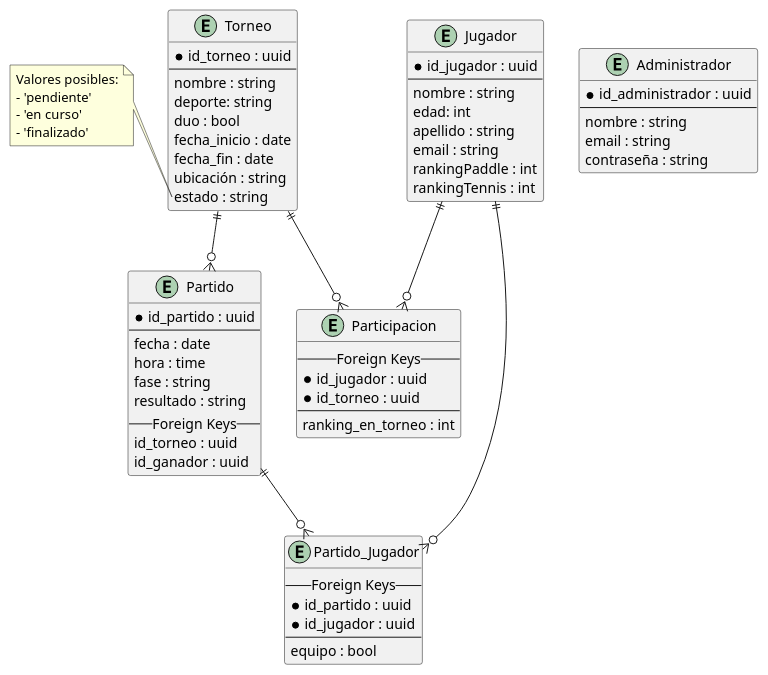
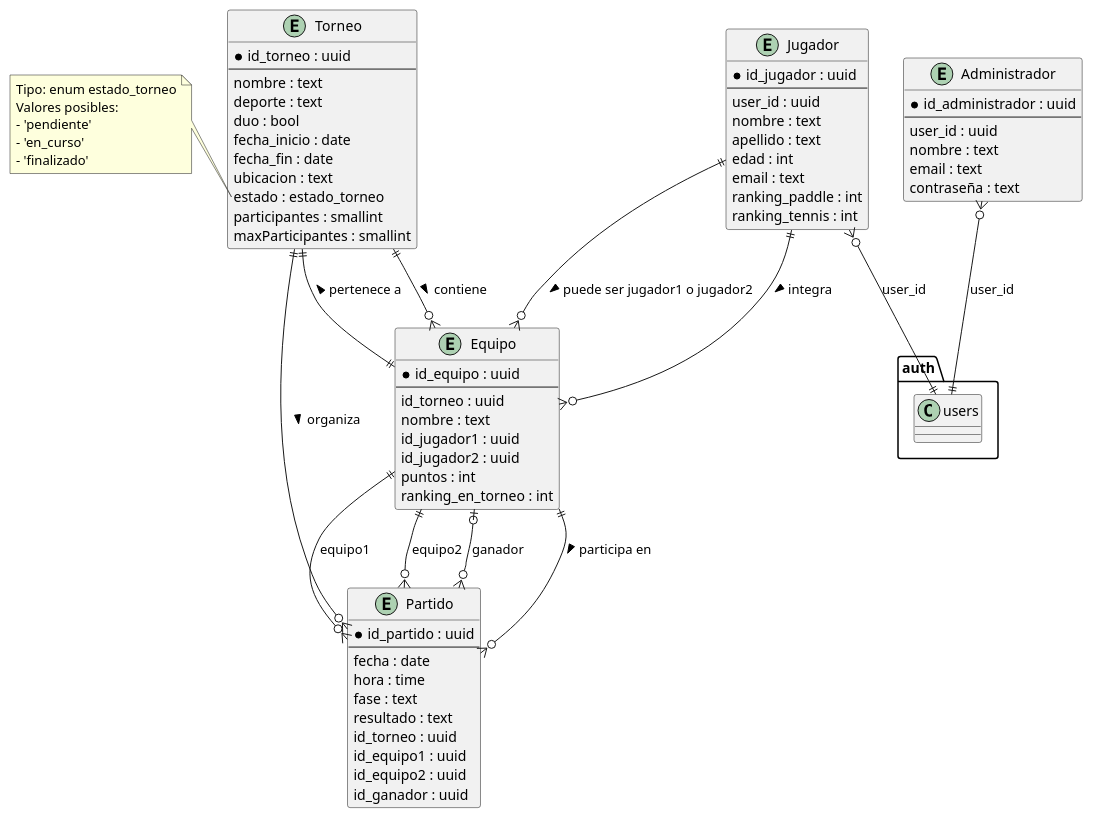
The diagram in diagram.puml (ConfusedRebel/torneos-app), drawn with PlantUML before and after one commit.

Commit message:
Upgrading torneoDetal

```diff
--- a/diagram.puml
+++ b/diagram.puml
@@ -1,99 +1,103 @@
 @startuml Entity_Relationship_Diagram
 
-'Alt + D para mostrar diagrama entidad relacion utilizando "plantuml"
+' Alt + D para mostrar el diagrama entidad-relación utilizando "PlantUML"
 
 '|##############################################################|
 '|###                        Entities                        ###|
 '|##############################################################|
 
+entity "Administrador" as Administrador {
+  *id_administrador : uuid
+  --
+  user_id : uuid
+  nombre : text
+  email : text
+  contraseña : text
+}
+
 entity "Jugador" as Jugador {
   *id_jugador : uuid
   --
-  nombre : string
-  edad: int
-  apellido : string
-  email : string
-  rankingPaddle : int
-  rankingTennis : int
-}
-
-entity "Administrador" as Admin {
-  *id_administrador : uuid
-  --
-  nombre : string
-  email : string
-  contraseña : string
+  user_id : uuid
+  nombre : text
+  apellido : text
+  edad : int
+  email : text
+  ranking_paddle : int
+  ranking_tennis : int
 }
 
 entity "Torneo" as Torneo {
   *id_torneo : uuid
   --
-  nombre : string
-  deporte: string
-  duo : bool  
+  nombre : text
+  deporte : text
+  duo : bool
   fecha_inicio : date
   fecha_fin : date
-  ubicación : string
-  estado : string
+  ubicacion : text
+  estado : estado_torneo
+  participantes : smallint
+  maxParticipantes : smallint
 }
 
+entity "Equipo" as Equipo {
+  *id_equipo : uuid
+  --
+  id_torneo : uuid
+  nombre : text
+  id_jugador1 : uuid
+  id_jugador2 : uuid
+  puntos : int
+  ranking_en_torneo : int
+}
 
 entity "Partido" as Partido {
   *id_partido : uuid
   --
   fecha : date
   hora : time
-  fase : string
-  resultado : string
-  -- Foreign Keys --
+  fase : text
+  resultado : text
   id_torneo : uuid
+  id_equipo1 : uuid
+  id_equipo2 : uuid
   id_ganador : uuid
 }
 
 
-'|###################################################################|
-'|###                        Linking Table                        ###|
-'|###################################################################|
-
-entity "Participacion" as Participacion {
-  -- Foreign Keys --
-  *id_jugador : uuid
-  *id_torneo : uuid
-  --
-  ranking_en_torneo : int
-}
-
-entity "Partido_Jugador" as PJ {
-  -- Foreign Keys --
-  *id_partido : uuid
-  *id_jugador : uuid
-  --
-  equipo : bool
-}
-
-
-
 '|##################################################################|
-'|###                        Relationship                        ###|
+'|###                        Relaciones                          ###|
 '|##################################################################|
 
+' Auth relations
+Administrador }o--|| "auth.users" : user_id
+Jugador }o--|| "auth.users" : user_id
 
-Torneo ||--o{ Partido
-Torneo ||--o{ Participacion
+' Core relationships
+Torneo ||--o{ Equipo : contiene >
+Torneo ||--o{ Partido : organiza >
 
-Jugador ||--o{ Participacion
-Jugador ||--o{ PJ
+Equipo ||--|| Torneo : pertenece a >
+Equipo ||--o{ Partido : participa en >
 
-Partido ||--o{ PJ
+Jugador ||--o{ Equipo : integra >
+Jugador ||--o{ Equipo : puede ser jugador1 o jugador2 >
+
+Partido }o--|| Equipo : equipo1
+Partido }o--|| Equipo : equipo2
+Partido }o--o| Equipo : ganador
+
 
 '|###########################################################|
 '|###                        Notes                        ###|
 '|###########################################################|
 note left of Torneo::estado
+  Tipo: enum estado_torneo
   Valores posibles:
   - 'pendiente'
-  - 'en curso'
+  - 'en_curso'
   - 'finalizado'
 end note
 
 @enduml
```
